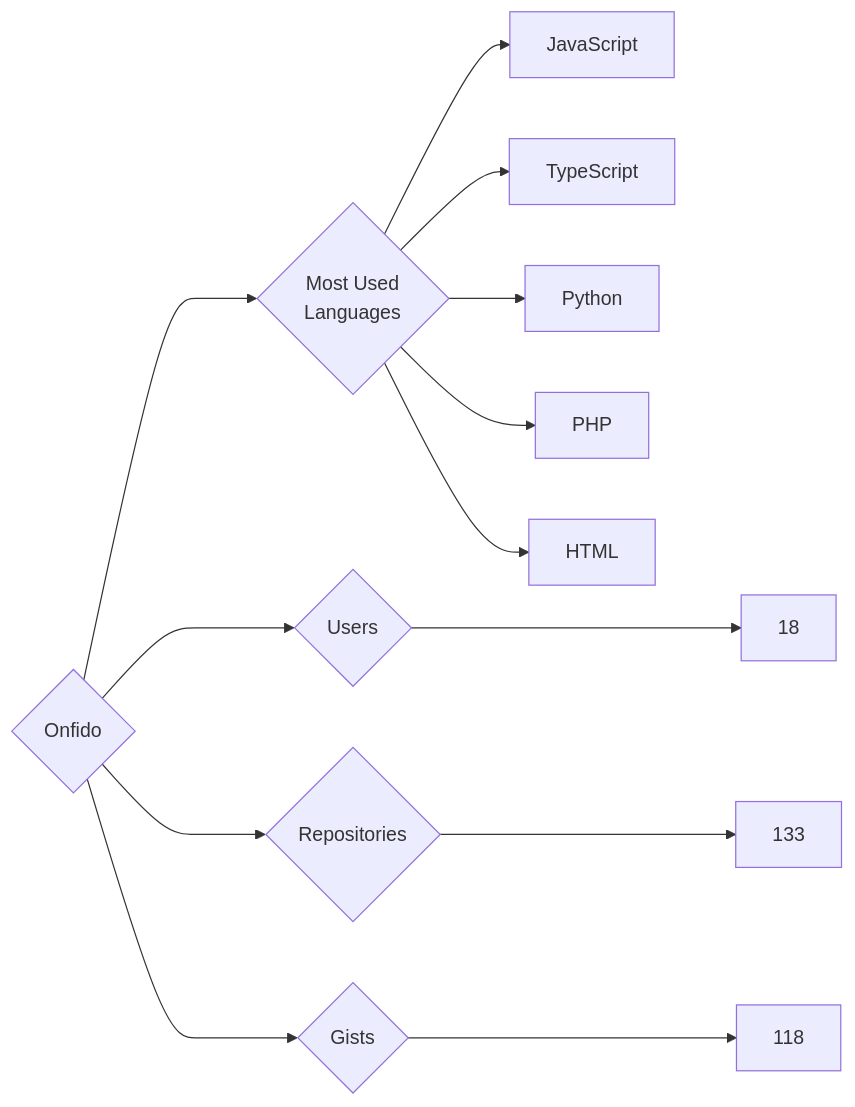
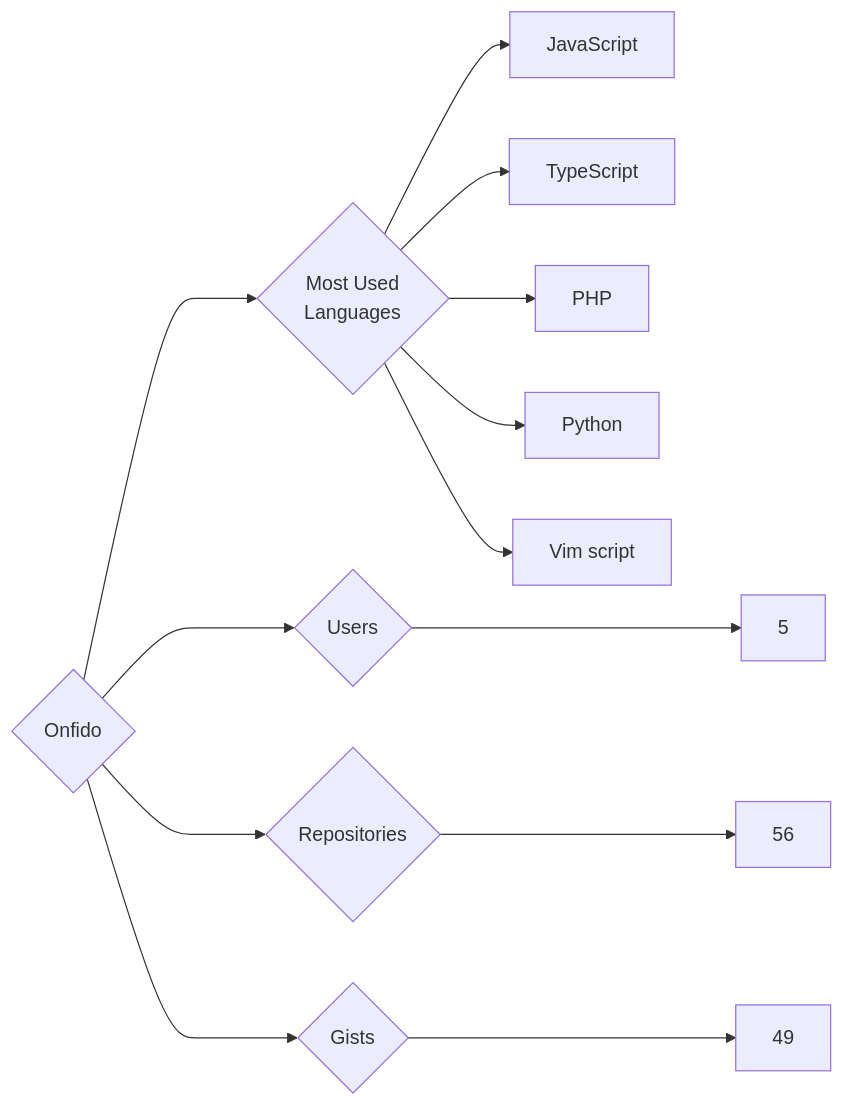
Before and after one commit to trickest/insiders: the diagram in targets/Onfido/README.md, drawn with Mermaid. The commit also changed 953 other files, not shown here.

````diff
--- a/targets/Onfido/README.md
+++ b/targets/Onfido/README.md
@@ -3,13 +3,13 @@
 ```mermaid
 graph LR
 COMPANY_NAME{Onfido}
-COMPANY_NAME ---> U{Users} ---> UN[18]
-COMPANY_NAME ---> R{Repositories} ---> RN[133]
-COMPANY_NAME ---> G{Gists} ---> GN[118]
+COMPANY_NAME ---> U{Users} ---> UN[5]
+COMPANY_NAME ---> R{Repositories} ---> RN[56]
+COMPANY_NAME ---> G{Gists} ---> GN[49]
 COMPANY_NAME ---> ML{Most Used<br>Languages}
 ML --> JavaScript[JavaScript]
 ML --> TypeScript[TypeScript]
+ML --> PHP[PHP]
 ML --> Python[Python]
-ML --> PHP[PHP]
-ML --> HTML[HTML]
+ML --> Vim_script[Vim script]
 ```
````
